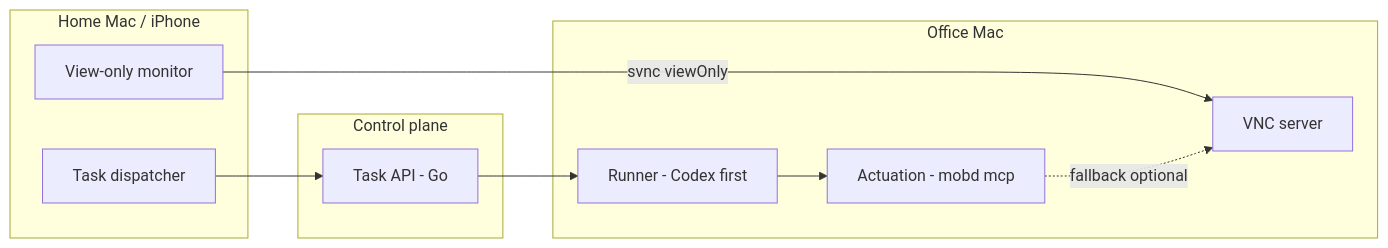
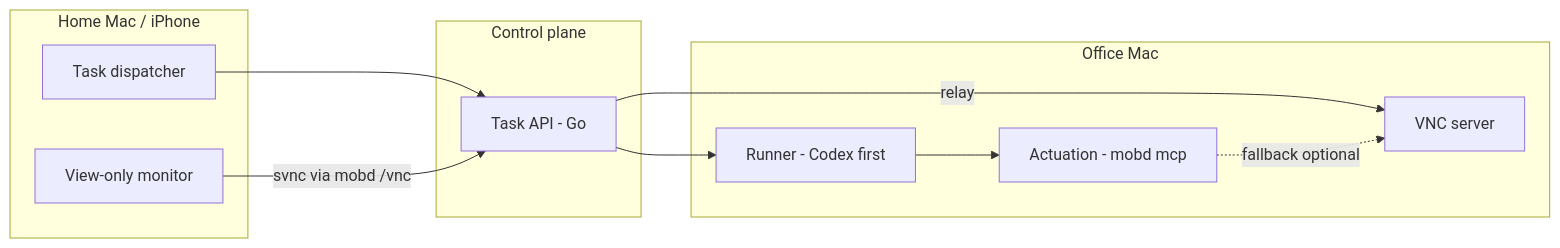
Before and after one commit to CooCoode/mob: the diagram in README.md, drawn with Mermaid. The commit also changed other lines of this file and 10 other files, not shown here.

First line of the commit message:
docs: record the VNC relay in mobd (ADR 0010)

````diff
--- a/README.md
+++ b/README.md
@@ -21,23 +21,24 @@
 ```mermaid
 flowchart LR
   subgraph clients [Home Mac / iPhone]
     D[Task dispatcher]
     M[View-only monitor]
   end
 
   subgraph control [Control plane]
     API[Task API - Go]
   end
 
   subgraph office [Office Mac]
     R[Runner - Codex first]
     A[Actuation - mobd mcp]
     V[VNC server]
   end
 
   D --> API
   API --> R
   R --> A
-  M -->|svnc viewOnly| V
+  M -->|svnc via mobd /vnc| API
+  API -->|relay| V
   A -.->|fallback optional| V
 ```
````
